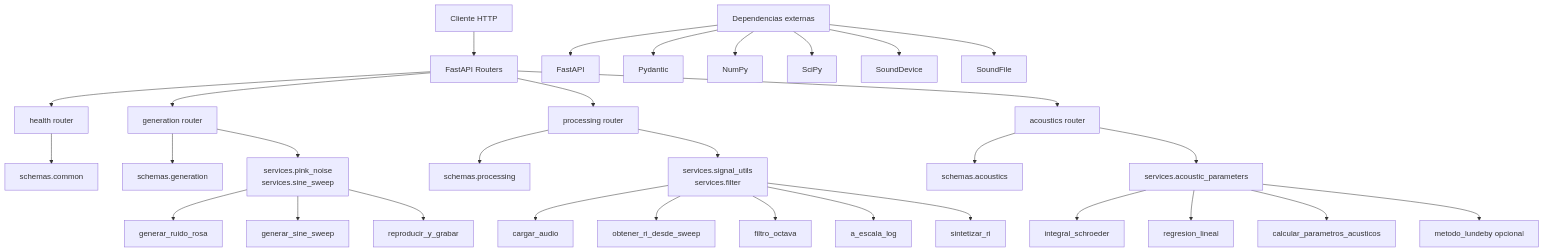
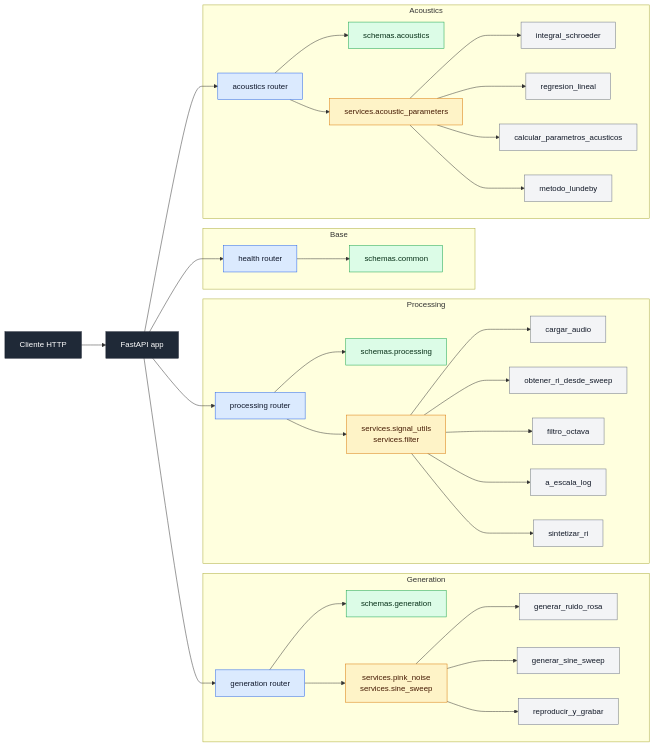
The diagram in README.md (nahueRosso/rir-api), drawn with Mermaid before and after one commit. The commit also changed other lines of this file and 9 other files, not shown here.

Commit message:
fix: mermaid post meet

````diff
--- a/README.md
+++ b/README.md
@@ -121,40 +141,81 @@
 ```mermaid
-graph TD
-    C[Cliente HTTP] --> R[FastAPI Routers]
+flowchart LR
+    CLIENTE[Cliente HTTP]
+    API[FastAPI app]
 
-    R --> RH[health router]
-    R --> RG[generation router]
-    R --> RP[processing router]
-    R --> RA[acoustics router]
+    CLIENTE --> API
 
-    RH --> SCHC[schemas.common]
-    RG --> SCHG[schemas.generation]
-    RP --> SCHP[schemas.processing]
-    RA --> SCHA[schemas.acoustics]
+    subgraph BASE[Base]
+        RH[health router]
+        SCHC[schemas.common]
+        RH --> SCHC
+    end
 
-    RG --> SG[services.pink_noise<br/>services.sine_sweep]
-    RP --> SP[services.signal_utils<br/>services.filter]
-    RA --> SA[services.acoustic_parameters]
+    subgraph GEN[Generation]
+        RG[generation router]
+        SCHG[schemas.generation]
+        SG[services.pink_noise<br/>services.sine_sweep]
+        G1[generar_ruido_rosa]
+        G2[generar_sine_sweep]
+        G3[reproducir_y_grabar]
 
-    SG --> G1[generar_ruido_rosa]
-    SG --> G2[generar_sine_sweep]
-    SG --> G3[reproducir_y_grabar]
+        RG --> SCHG
+        RG --> SG
+        SG --> G1
+        SG --> G2
+        SG --> G3
+    end
 
-    SP --> P1[cargar_audio]
-    SP --> P2[obtener_ri_desde_sweep]
-    SP --> P3[filtro_octava]
-    SP --> P4[a_escala_log]
-    SP --> P5[sintetizar_ri]
+    subgraph PROC[Processing]
+        RP[processing router]
+        SCHP[schemas.processing]
+        SP[services.signal_utils<br/>services.filter]
+        P1[cargar_audio]
+        P2[obtener_ri_desde_sweep]
+        P3[filtro_octava]
+        P4[a_escala_log]
+        P5[sintetizar_ri]
 
-    SA --> A1[integral_schroeder]
-    SA --> A2[regresion_lineal]
-    SA --> A3[calcular_parametros_acusticos]
-    SA --> A4[metodo_lundeby opcional]
+        RP --> SCHP
+        RP --> SP
+        SP --> P1
+        SP --> P2
+        SP --> P3
+        SP --> P4
+        SP --> P5
+    end
 
-    D[Dependencias externas] --> F[FastAPI]
-    D --> PY[Pydantic]
-    D --> NP[NumPy]
-    D --> SC[SciPy]
-    D --> SD[SoundDevice]
-    D --> SF[SoundFile]
+    subgraph AC[Acoustics]
+        RA[acoustics router]
+        SCHA[schemas.acoustics]
+        SA[services.acoustic_parameters]
+        A1[integral_schroeder]
+        A2[regresion_lineal]
+        A3[calcular_parametros_acusticos]
+        A4[metodo_lundeby]
+
+        RA --> SCHA
+        RA --> SA
+        SA --> A1
+        SA --> A2
+        SA --> A3
+        SA --> A4
+    end
+
+    API --> RH
+    API --> RG
+    API --> RP
+    API --> RA
+
+    classDef entry fill:#1f2937,stroke:#111827,color:#ffffff
+    classDef router fill:#dbeafe,stroke:#2563eb,color:#0f172a
+    classDef schema fill:#dcfce7,stroke:#16a34a,color:#052e16
+    classDef service fill:#fef3c7,stroke:#d97706,color:#451a03
+    classDef fn fill:#f3f4f6,stroke:#6b7280,color:#111827
+
+    class CLIENTE,API entry
+    class RH,RG,RP,RA router
+    class SCHC,SCHG,SCHP,SCHA schema
+    class SG,SP,SA service
+    class G1,G2,G3,P1,P2,P3,P4,P5,A1,A2,A3,A4 fn
 ```
````
